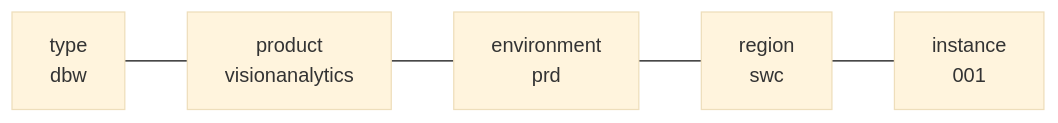
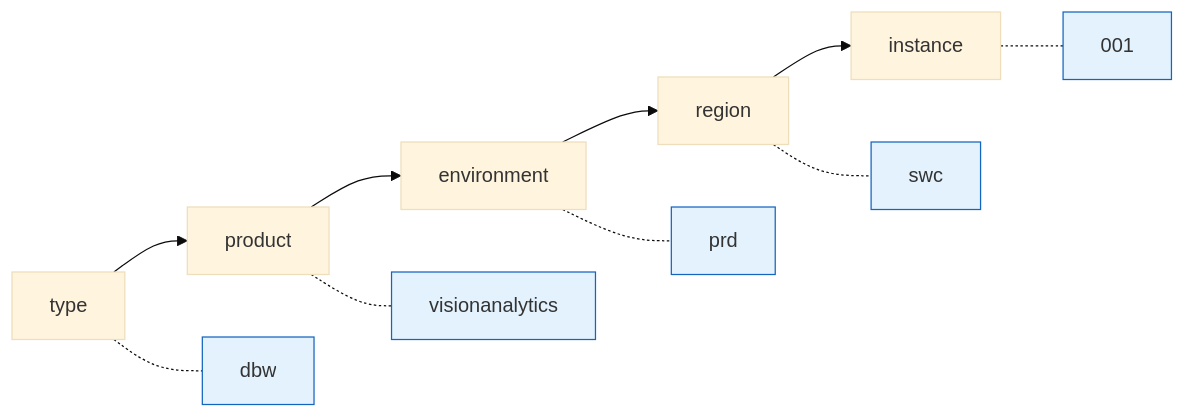
Before and after one commit to PlainsightPro/Vision-Playbook: the diagram in docs/technical-guidelines/azure/naming-conventions-and-tagging.md, drawn with Mermaid (base theme). The commit also changed other lines of this file and 5 other files, not shown here.

First line of the commit message:
Refine Azure chapter: writing style and simpler naming diagram

````diff
--- a/docs/technical-guidelines/azure/naming-conventions-and-tagging.md
+++ b/docs/technical-guidelines/azure/naming-conventions-and-tagging.md
@@ -18,5 +18,13 @@
 ```mermaid
 %%{init: { "flowchart": { "useMaxWidth": true } } }%%
 flowchart LR
-    T["type<br/>dbw"] --- P["product<br/>visionanalytics"] --- E["environment<br/>prd"] --- R["region<br/>swc"] --- I["instance<br/>001"]
+    T[type] --> P[product] --> E[environment] --> R[region] --> I[instance]
+    T -.- TE[dbw]
+    P -.- PE[visionanalytics]
+    E -.- EE[prd]
+    R -.- RE[swc]
+    I -.- IE[001]
+
+    classDef example fill:#e3f2fd,stroke:#1565c0
+    class TE,PE,EE,RE,IE example
 ```
````
